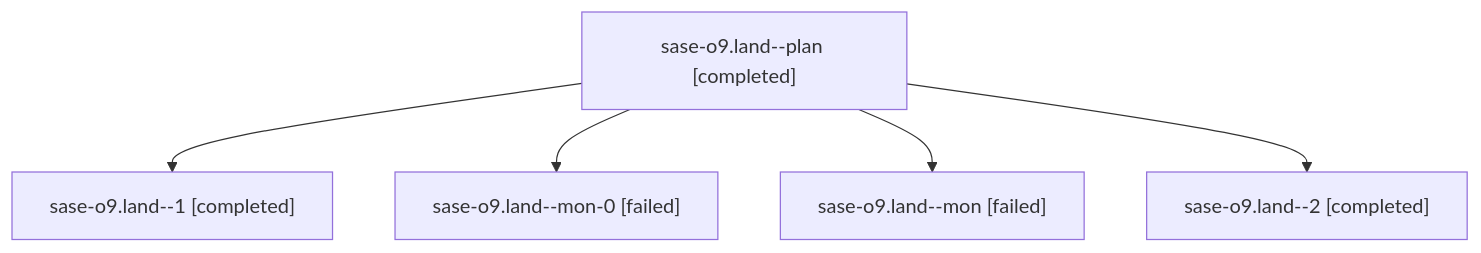
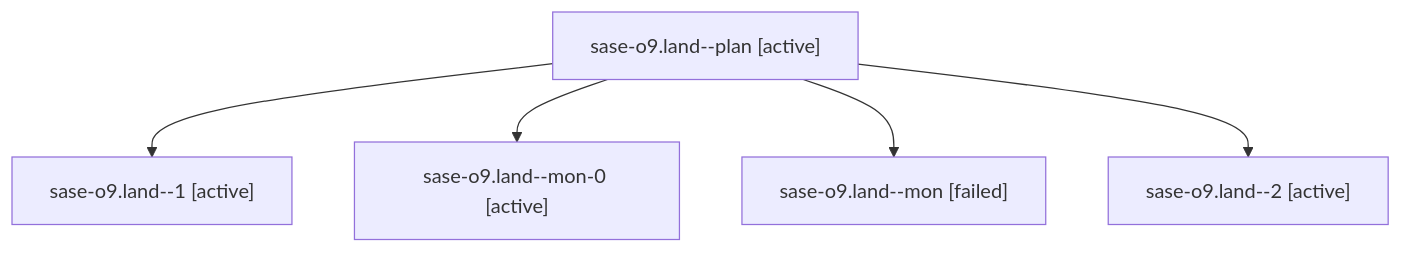
The diagram in families/bbugyi200.athena.sase-o9.land.md (sase-org/sase--agents), drawn with Mermaid before and after one commit. The commit also changed other lines of this file and 35830 other files, not shown here.

````diff
--- a/families/bbugyi200.athena.sase-o9.land.md
+++ b/families/bbugyi200.athena.sase-o9.land.md
@@ -9,12 +9,12 @@
 ```mermaid
 flowchart TD
-  n0["sase-o9.land--plan [completed]"]
-  n1["sase-o9.land--1 [completed]"]
+  n0["sase-o9.land--plan [active]"]
+  n1["sase-o9.land--1 [active]"]
   n0 --> n1
-  n2["sase-o9.land--mon-0 [failed]"]
+  n2["sase-o9.land--mon-0 [active]"]
   n0 --> n2
   n3["sase-o9.land--mon [failed]"]
   n0 --> n3
-  n4["sase-o9.land--2 [completed]"]
+  n4["sase-o9.land--2 [active]"]
   n0 --> n4
 ```
````
